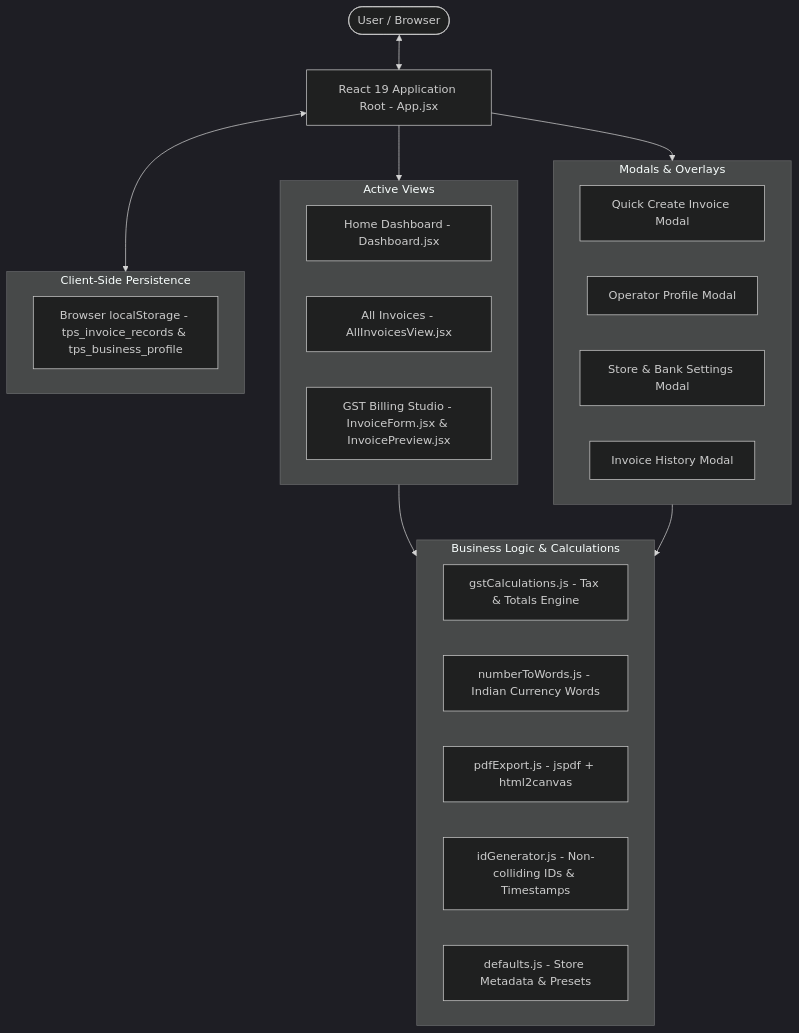
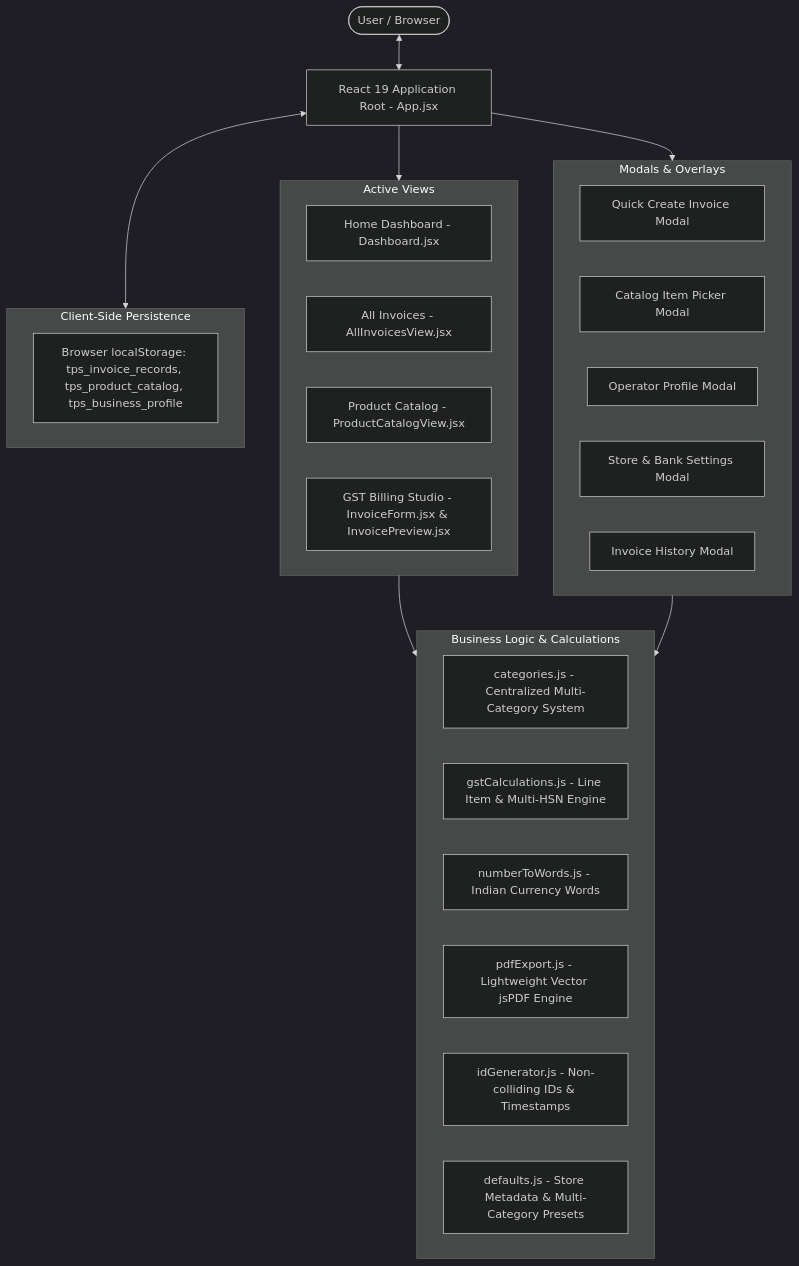
Before and after one commit to tpsbatteryhouse-gif/TPS-Battery-House-Billing-System: the first of 2 diagrams in docs/ARCHITECTURE.md, drawn with Mermaid (dark theme). The commit also changed other lines of this file and 23 other files, not shown here.

Commit message:
feat: add multi-category product support and analytics to dashboard and catalog

````diff
--- a/docs/ARCHITECTURE.md
+++ b/docs/ARCHITECTURE.md
@@ -11,35 +11,38 @@
 ```mermaid
 graph TD
     User([User / Browser]) <--> ReactApp[React 19 Application Root - App.jsx]
     
     subgraph UI_Views [Active Views]
         DashboardView[Home Dashboard - Dashboard.jsx]
         InvoicesView[All Invoices - AllInvoicesView.jsx]
+        CatalogView[Product Catalog - ProductCatalogView.jsx]
         EditorView[GST Billing Studio - InvoiceForm.jsx & InvoicePreview.jsx]
     end
 
     subgraph Modals [Modals & Overlays]
         QuickCreateModal[Quick Create Invoice Modal]
+        CatalogPickerModal[Catalog Item Picker Modal]
         ProfileModal[Operator Profile Modal]
         SettingsModal[Store & Bank Settings Modal]
         HistoryModal[Invoice History Modal]
     end
 
     subgraph Core_Utilities [Business Logic & Calculations]
-        GSTEngine[gstCalculations.js - Tax & Totals Engine]
+        CategoryConfig[categories.js - Centralized Multi-Category System]
+        GSTEngine[gstCalculations.js - Line Item & Multi-HSN Engine]
         NumWords[numberToWords.js - Indian Currency Words]
-        PDFExport[pdfExport.js - jspdf + html2canvas]
+        PDFExport[pdfExport.js - Lightweight Vector jsPDF Engine]
         IdGen[idGenerator.js - Non-colliding IDs & Timestamps]
-        Defaults[defaults.js - Store Metadata & Presets]
+        Defaults[defaults.js - Store Metadata & Multi-Category Presets]
     end
 
     subgraph Storage [Client-Side Persistence]
-        LocalStorage[Browser localStorage - tps_invoice_records & tps_business_profile]
+        LocalStorage[Browser localStorage: tps_invoice_records, tps_product_catalog, tps_business_profile]
     end
 
     ReactApp --> UI_Views
     ReactApp --> Modals
     UI_Views --> Core_Utilities
     Modals --> Core_Utilities
     ReactApp <--> Storage
 ```
````
